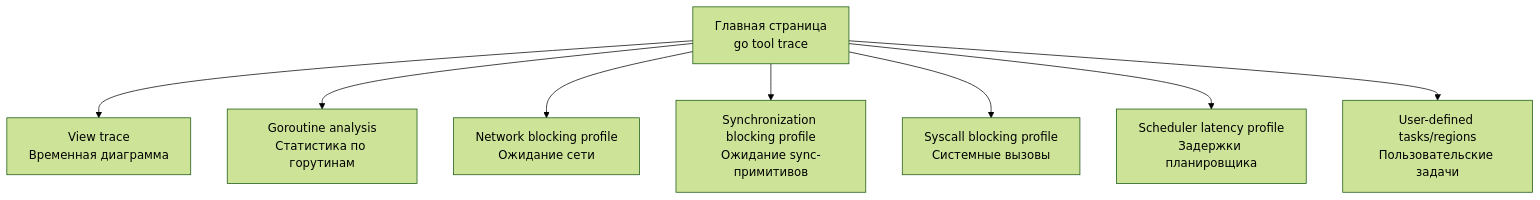
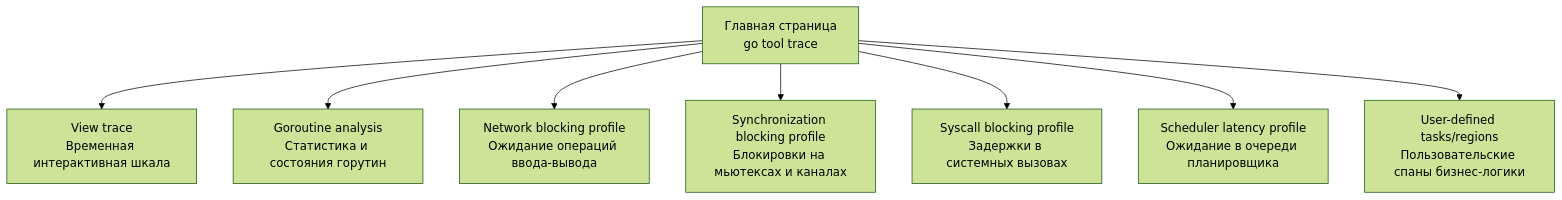
The second of 4 diagrams in sources/16. Профилирование, отладка и производительность/08. Runtime и инструменты/2. trace tool.md (UnrealTemplier/go-textbook), drawn with Mermaid (forest theme) before and after one commit. The commit also changed other lines of this file, not shown here.

Commit message:
feat(module-16): editorial rewrite of lecture 2 (trace tool) in Subsection 08 in Kernighan style

````diff
--- a/sources/16. Профилирование, отладка и производительность/08. Runtime и инструменты/2. trace tool.md
+++ b/sources/16. Профилирование, отладка и производительность/08. Runtime и инструменты/2. trace tool.md
@@ -58,10 +96,10 @@
 ```mermaid
 flowchart TD
-    Main["Главная страница<br>go tool trace"] --> View["View trace<br>Временная диаграмма"]
-    Main --> Goroutine["Goroutine analysis<br>Статистика по горутинам"]
-    Main --> Network["Network blocking profile<br>Ожидание сети"]
-    Main --> Sync["Synchronization blocking profile<br>Ожидание sync-примитивов"]
-    Main --> Syscall["Syscall blocking profile<br>Системные вызовы"]
-    Main --> Sched["Scheduler latency profile<br>Задержки планировщика"]
-    Main --> User["User-defined tasks/regions<br>Пользовательские задачи"]
+    Main["Главная страница<br/>go tool trace"] --> View["View trace<br/>Временная интерактивная шкала"]
+    Main --> Goroutine["Goroutine analysis<br/>Статистика и состояния горутин"]
+    Main --> Network["Network blocking profile<br/>Ожидание операций ввода-вывода"]
+    Main --> Sync["Synchronization blocking profile<br/>Блокировки на мьютексах и каналах"]
+    Main --> Syscall["Syscall blocking profile<br/>Задержки в системных вызовах"]
+    Main --> Sched["Scheduler latency profile<br/>Ожидание в очереди планировщика"]
+    Main --> User["User-defined tasks/regions<br/>Пользовательские спаны бизнес-логики"]
 ```
````
